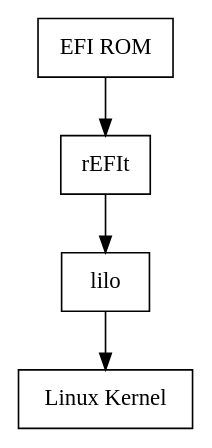
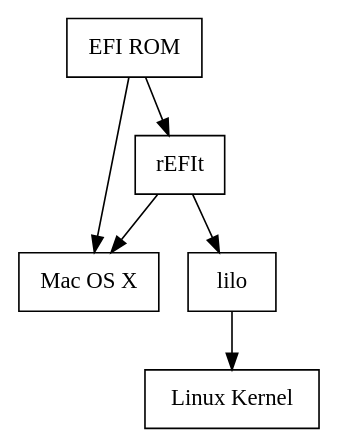
One commit to dancerj/monthly-report changed the diagram in image200607/bootchain.dot. Above: the diagram before and after it, drawn with Graphviz. The commit also changed 2 other files, not shown here.

```diff
--- a/image200607/bootchain.dot
+++ b/image200607/bootchain.dot
@@ -1,9 +1,12 @@
 digraph bootchain {
 "EFI ROM" -> "rEFIt";
+"EFI ROM" -> "Mac OS X";
 "rEFIt" -> "lilo";
+"rEFIt" -> "Mac OS X";
 "lilo" -> "Linux Kernel";
 "EFI ROM" [shape=box];
 "rEFIt" [shape=box];
 "lilo" [shape=box];
 "Linux Kernel" [shape=box];
+"Mac OS X" [shape=box];
 }
```
